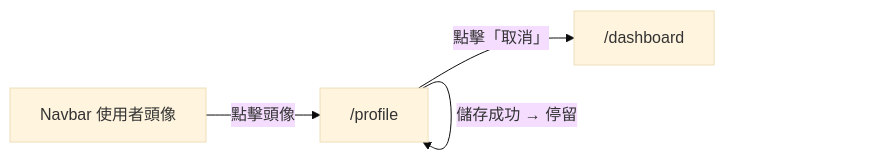
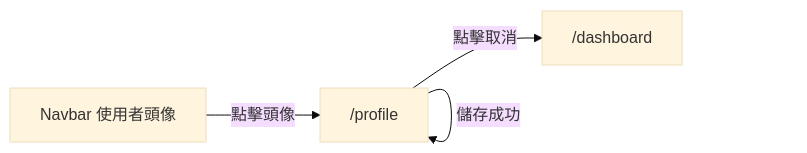
One commit to singyichen/label-suite changed the third of 3 diagrams in specs/account/005-profile-settings/spec.md. Above: the diagram before and after it, drawn with Mermaid (base theme). The commit also changed other lines of this file, not shown here.

Commit message:
docs(spec): align profile settings spec format and add RWD/changelog

````diff
--- a/specs/account/005-profile-settings/spec.md
+++ b/specs/account/005-profile-settings/spec.md
@@ -125,10 +218,10 @@
 ```mermaid
 flowchart LR
     navbar["Navbar 使用者頭像"]
     profile["/profile"]
     dashboard["/dashboard"]
 
     navbar   -->|"點擊頭像"| profile
-    profile  -->|"儲存成功 → 停留"| profile
-    profile  -->|"點擊「取消」"| dashboard
+    profile  -->|"儲存成功"| profile
+    profile  -->|"點擊取消"| dashboard
 ```
````
